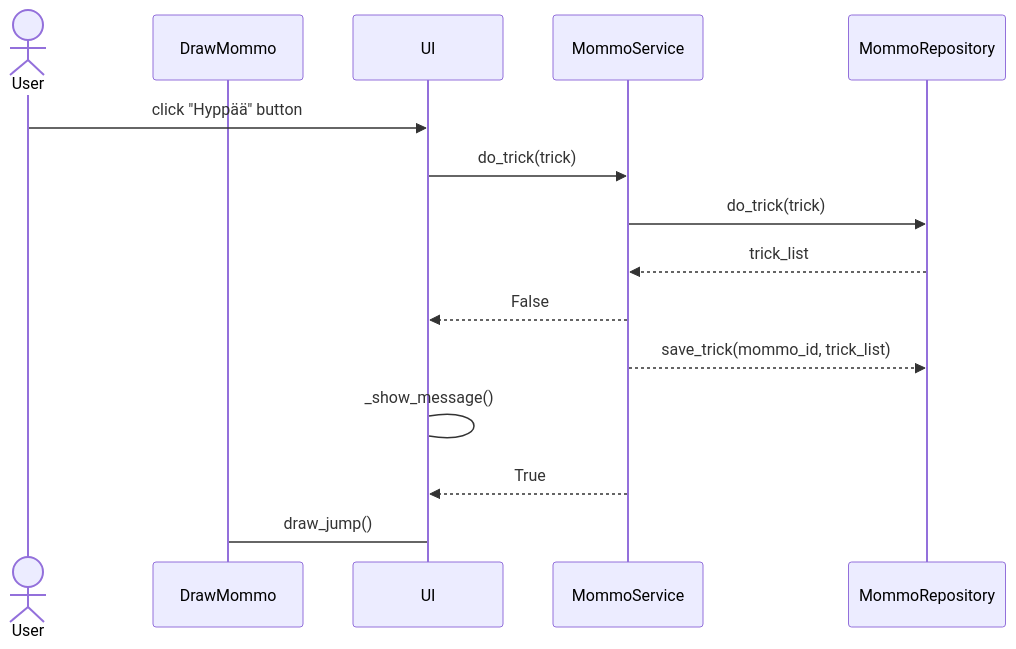
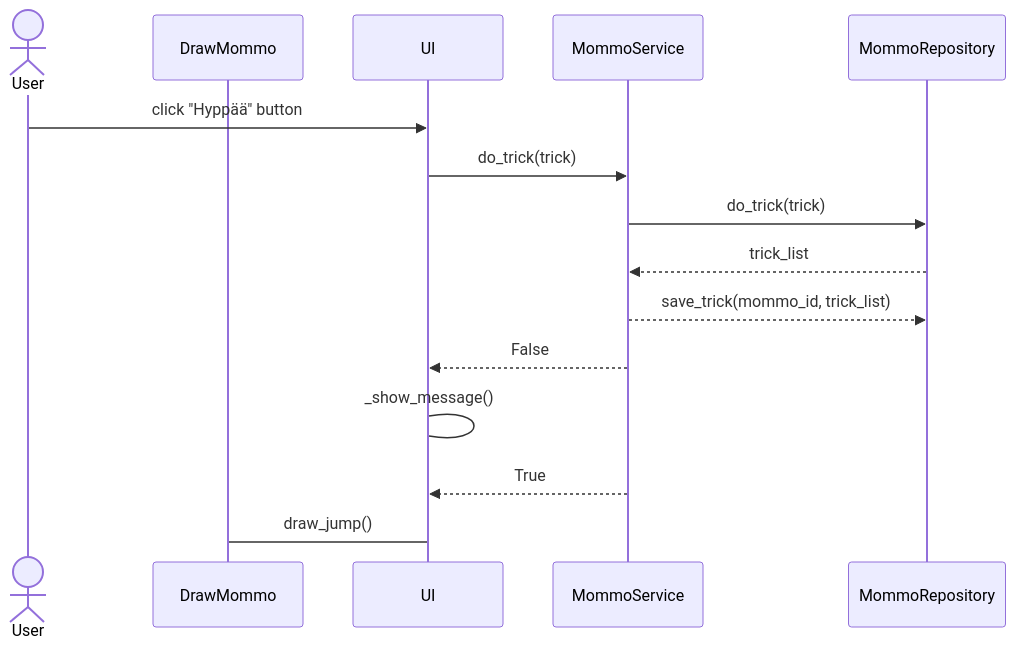
Before and after one commit to ellaverak/ot_harjoitustyo: the third of 3 diagrams in dokumentaatio/arkkitehtuuri.md, drawn with Mermaid. The commit also changed other lines of this file, not shown here.

````diff
--- a/dokumentaatio/arkkitehtuuri.md
+++ b/dokumentaatio/arkkitehtuuri.md
@@ -88,17 +88,17 @@
 ```mermaid
 sequenceDiagram
   actor User
   participant DrawMommo
   participant UI
   participant MommoService
   participant MommoRepository
   User->>UI: click "Hyppää" button
   UI->>MommoService: do_trick(trick)
   MommoService->>MommoRepository: do_trick(trick)
   MommoRepository-->>MommoService: trick_list
+  MommoService-->>MommoRepository: save_trick(mommo_id, trick_list)
   MommoService-->>UI: False
-  MommoService-->>MommoRepository: save_trick(mommo_id, trick_list)
   UI->UI: _show_message()
   MommoService-->>UI: True
   UI->DrawMommo: draw_jump()
 ```
````
